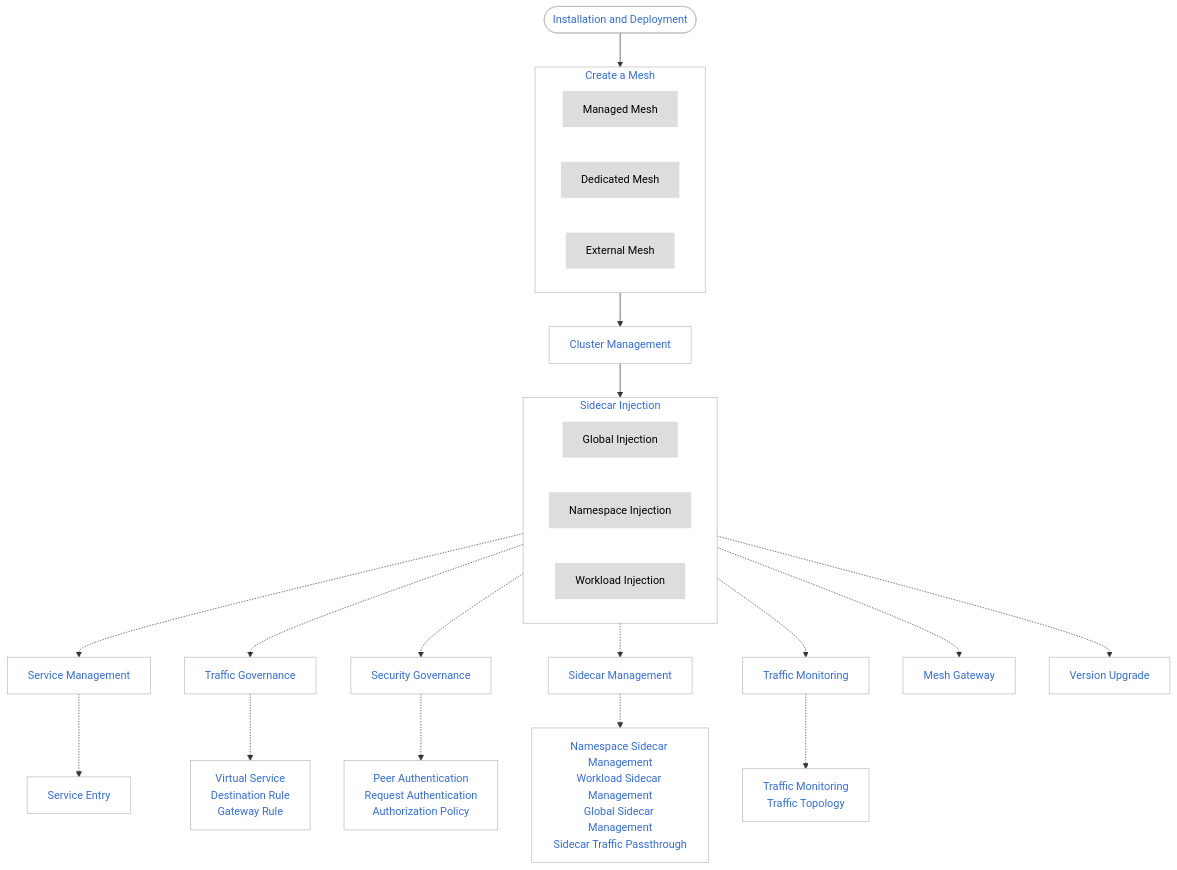
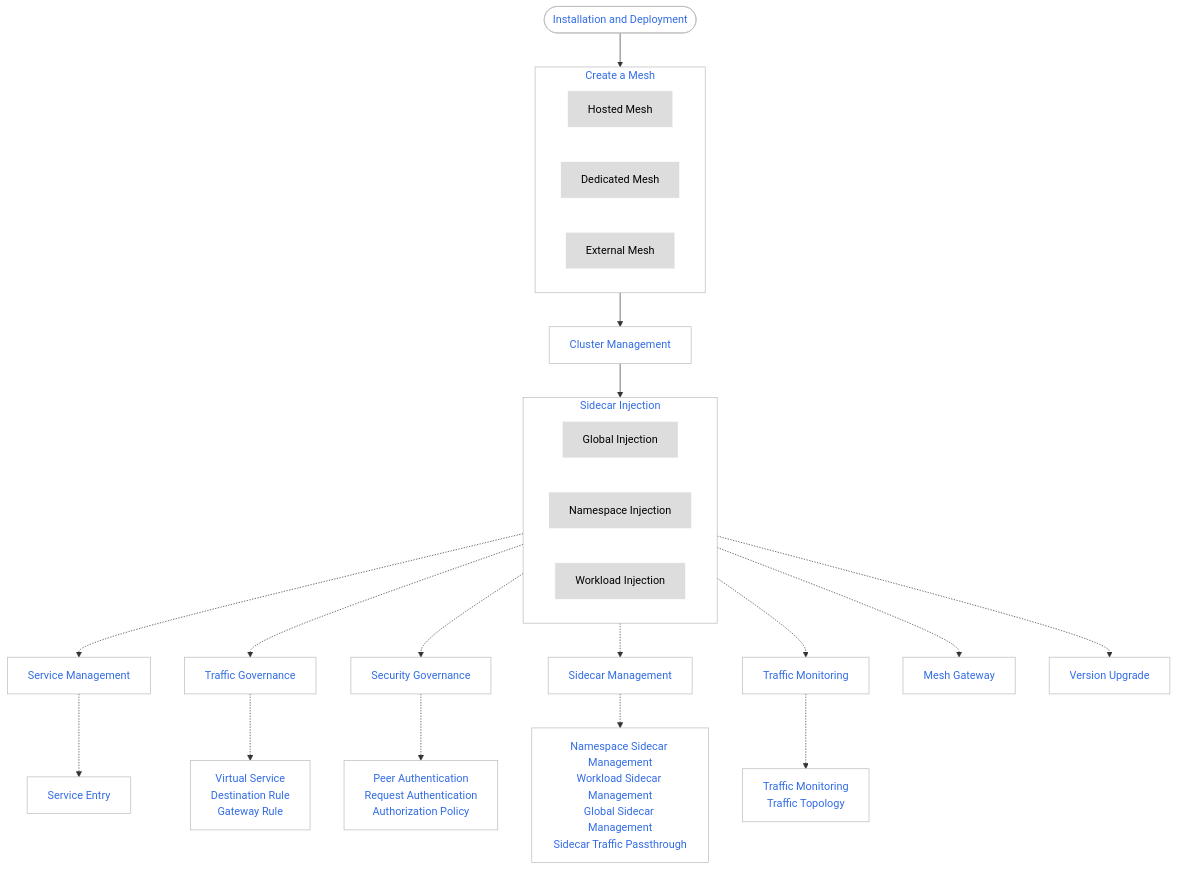
Before and after one commit to DaoCloud/DaoCloud-docs: the diagram in docs/en/docs/mspider/intro/what.md, drawn with Mermaid. The commit also changed 31 other files, not shown here.

````diff
--- a/docs/en/docs/mspider/intro/what.md
+++ b/docs/en/docs/mspider/intro/what.md
@@ -43,66 +43,66 @@
 ```mermaid
 flowchart TD
 
     install([Installation and Deployment])
     install --> mesh[Create a Mesh]
         subgraph mesh[Create a Mesh]
-            managed[Managed Mesh]
+            managed[Hosted Mesh]
             private[Dedicated Mesh]
             external[External Mesh]
             
         end
 
     mesh --> cluster[Cluster Management]
 
     cluster --> inject[Sidecar Injection]
 
         subgraph inject[Sidecar Injection]
             global[Global Injection]
             namespace[Namespace Injection]
             workload[Workload Injection]
         end
 
     
     inject -.-> service[Service Management]
     inject -.-> traffic[Traffic Governance]
     inject -.-> security[Security Governance]
     inject -.-> sidecar[Sidecar Management]
     inject -.-> watch[Traffic Monitoring]
     inject -.-> gateway[Mesh Gateway]
     inject -.-> upgrade[Version Upgrade]
     
 
     service -.-> entry[Service Entry]
     traffic -.-> virtual[Virtual Service<br>Destination Rule<br>Gateway Rule]
     security -.-> peer[Peer Authentication<br>Request Authentication<br>Authorization Policy]
     sidecar -.-> sidecarm[Namespace Sidecar Management<br>Workload Sidecar Management<br>Global Sidecar Management<br>Sidecar Traffic Passthrough]
     watch -.-> watch2[Traffic Monitoring<br>Traffic Topology]
 
     classDef plain fill:#ddd,stroke:#fff,stroke-width:1px,color:#000;
     classDef k8s fill:#326ce5,stroke:#fff,stroke-width:1px,color:#fff;
     classDef cluster fill:#fff,stroke:#bbb,stroke-width:1px,color:#326ce5;
 
     class managed,private,external,global,namespace,workload plain
     class install,service,gateway,traffic,watch,upgrade,security,entry,virtual,peer,cluster,sidecar,sidecarm,watch2 cluster
 
     click install "https://docs.daocloud.io/en/mspider/install/install/"
     click managed "https://docs.daocloud.io/en/mspider/user-guide/service-mesh/"
     click private "https://docs.daocloud.io/en/mspider/user-guide/service-mesh/"
     click external "https://docs.daocloud.io/en/mspider/user-guide/service-mesh/external-mesh/"
     click cluster "https://docs.daocloud.io/en/mspider/user-guide/cluster-management/join-clus/"
     click global "https://docs.daocloud.io/en/mspider/user-guide/sidecar-management/global-sidecar/"
     click namespace "https://docs.daocloud.io/en/mspider/user-guide/sidecar-management/ns-sidecar/"
     click workload "https://docs.daocloud.io/en/mspider/user-guide/sidecar-management/workload-sidecar/"
     click gateway "https://docs.daocloud.io/en/mspider/user-guide/gateway-instance/create/"
     click service "https://docs.daocloud.io/en/mspider/user-guide/service-list/"
     click traffic "https://docs.daocloud.io/en/mspider/user-guide/traffic-governance/"
     click security "https://docs.daocloud.io/en/mspider/user-guide/security/"
     click watch "https://docs.daocloud.io/en/mspider/user-guide/traffic-monitor/"
     click upgrade "https://docs.daocloud.io/en/mspider/user-guide/upgrade/istio-update/"
     click entry "https://docs.daocloud.io/en/mspider/user-guide/service-list/service-entry/"
     click virtual "https://docs.daocloud.io/en/mspider/user-guide/traffic-governance/virtual-service/"
     click peer "https://docs.daocloud.io/en/mspider/user-guide/security/peer/"
     click sidecar "https://docs.daocloud.io/en/mspider/user-guide/sidecar-management/ns-sidecar/"
     click sidecarm "https://docs.daocloud.io/en/mspider/user-guide/sidecar-management/passthrough/"
     click watch2 "https://docs.daocloud.io/en/mspider/user-guide/traffic-monitor/conn-topo/"
 ```
````
